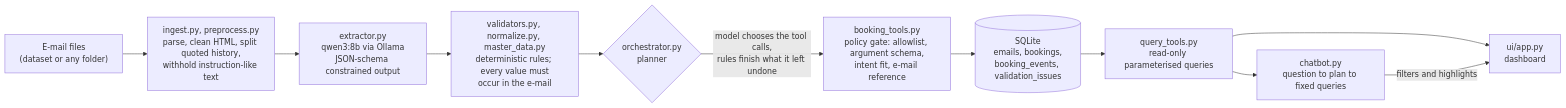
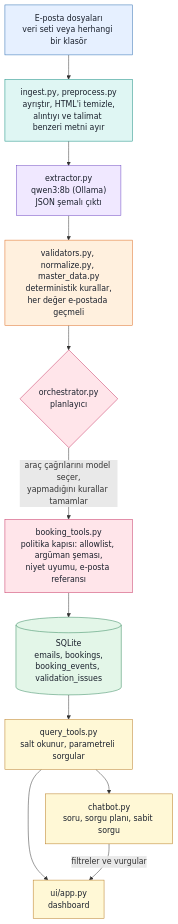
Before and after one commit to EgeKrts/ugr-ai-booking-assistant: the diagram in README.md, drawn with Mermaid. The commit also changed other lines of this file, not shown here.

````diff
--- a/README.md
+++ b/README.md
@@ -71,13 +72,28 @@
 ```mermaid
-flowchart LR
-    A["E-mail files<br/>(dataset or any folder)"] --> B["ingest.py, preprocess.py<br/>parse, clean HTML, split quoted history,<br/>withhold instruction-like text"]
-    B --> C["extractor.py<br/>qwen3:8b via Ollama<br/>JSON-schema constrained output"]
-    C --> D["validators.py, normalize.py, master_data.py<br/>deterministic rules; every value must<br/>occur in the e-mail"]
-    D --> E{"orchestrator.py<br/>planner"}
-    E -->|"model chooses the tool calls,<br/>rules finish what it left undone"| F["booking_tools.py<br/>policy gate: allowlist, argument schema,<br/>intent fit, e-mail reference"]
-    F --> G[("SQLite<br/>emails, bookings,<br/>booking_events, validation_issues")]
-    G --> H["query_tools.py<br/>read-only parameterised queries"]
-    H --> I["ui/app.py<br/>dashboard"]
-    H --> J["chatbot.py<br/>question to plan to fixed queries"]
-    J -->|"filters and highlights"| I
+flowchart TD
+    classDef girdi fill:#e6f0ff,stroke:#2b6cb0,color:#1a202c
+    classDef temizlik fill:#dff6f3,stroke:#0f8b7d,color:#1a202c
+    classDef yz fill:#f0e8ff,stroke:#6b46c1,color:#1a202c
+    classDef dogrulama fill:#fff0de,stroke:#dd6b20,color:#1a202c
+    classDef eylem fill:#ffe5ea,stroke:#c53060,color:#1a202c
+    classDef kalicilik fill:#e3f6e8,stroke:#2f855a,color:#1a202c
+    classDef sunum fill:#fff8d6,stroke:#b7791f,color:#1a202c
+
+    A["E-posta dosyaları<br/>veri seti veya herhangi bir klasör"]:::girdi
+    B["ingest.py, preprocess.py<br/>ayrıştır, HTML'i temizle,<br/>alıntıyı ve talimat benzeri metni ayır"]:::temizlik
+    C["extractor.py<br/>qwen3:8b (Ollama)<br/>JSON şemalı çıktı"]:::yz
+    D["validators.py, normalize.py, master_data.py<br/>deterministik kurallar,<br/>her değer e-postada geçmeli"]:::dogrulama
+    E{"orchestrator.py<br/>planlayıcı"}:::eylem
+    F["booking_tools.py<br/>politika kapısı: allowlist, argüman şeması,<br/>niyet uyumu, e-posta referansı"]:::eylem
+    G[("SQLite<br/>emails, bookings,<br/>booking_events, validation_issues")]:::kalicilik
+    H["query_tools.py<br/>salt okunur, parametreli sorgular"]:::sunum
+    I["ui/app.py<br/>dashboard"]:::sunum
+    J["chatbot.py<br/>soru, sorgu planı, sabit sorgu"]:::sunum
+
+    A --> B --> C --> D --> E
+    E -->|"araç çağrılarını model seçer,<br/>yapmadığını kurallar tamamlar"| F
+    F --> G --> H
+    H --> I
+    H --> J
+    J -->|"filtreler ve vurgular"| I
 ```
````
